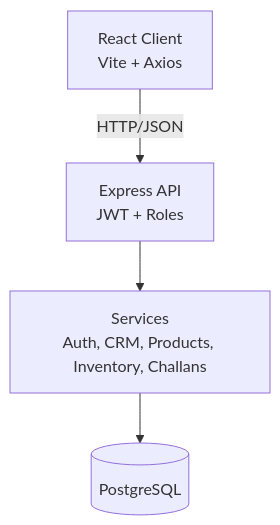
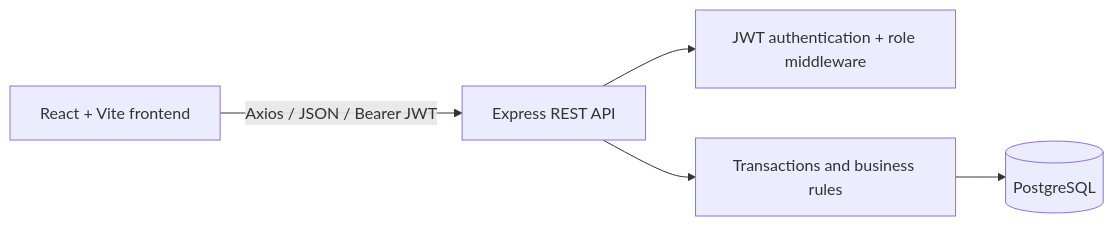
One commit to valive421/crm_erp changed the diagram in DOCUMENTATION.md. Above: the diagram before and after it, drawn with Mermaid. The commit also changed other lines of this file and 2 other files, not shown here.

````diff
--- a/DOCUMENTATION.md
+++ b/DOCUMENTATION.md
@@ -18,6 +15,7 @@
 ```mermaid
-flowchart TD
-  A[React Client\nVite + Axios] -->|HTTP/JSON| B[Express API\nJWT + Roles]
-  B --> C[Services\nAuth, CRM, Products, Inventory, Challans]
-  C --> D[(PostgreSQL)]
+flowchart LR
+  UI[React + Vite frontend] -->|Axios / JSON / Bearer JWT| API[Express REST API]
+  API --> AUTH[JWT authentication + role middleware]
+  API --> LOGIC[Transactions and business rules]
+  LOGIC --> DB[(PostgreSQL)]
 ```
````
